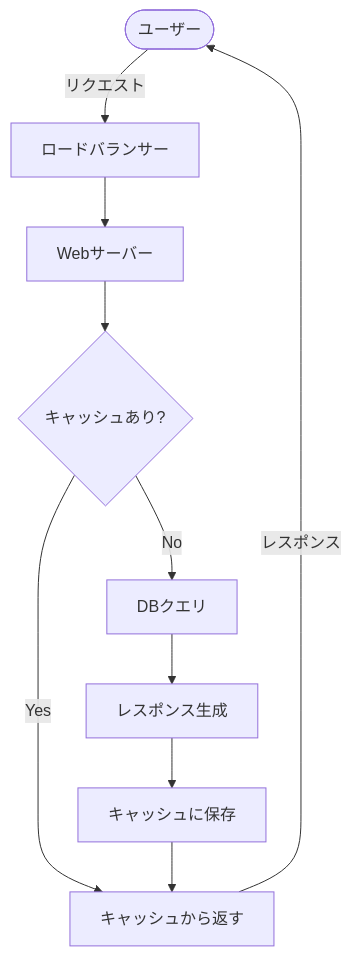
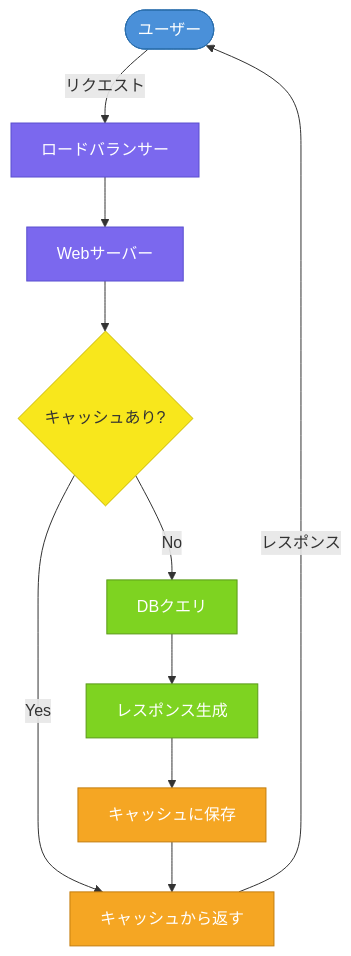
The first of 5 diagrams in mermaid_samples/README.md (y-nakata/claude-playground), drawn with Mermaid before and after one commit. The commit also changed other lines of this file, not shown here.

Commit message:
docs: Mermaid図にカラーを追加

````diff
--- a/mermaid_samples/README.md
+++ b/mermaid_samples/README.md
@@ -11,12 +11,24 @@
 ```mermaid
 flowchart TD
     A([ユーザー]) -->|リクエスト| B[ロードバランサー]
     B --> C[Webサーバー]
     C --> D{キャッシュあり?}
     D -->|Yes| E[キャッシュから返す]
     D -->|No| F[DBクエリ]
     F --> G[レスポンス生成]
     G --> H[キャッシュに保存]
     H --> E
     E -->|レスポンス| A
+
+    classDef user fill:#4A90D9,stroke:#2c6fad,color:#fff
+    classDef infra fill:#7B68EE,stroke:#5a4fcf,color:#fff
+    classDef cache fill:#F5A623,stroke:#c47d0e,color:#fff
+    classDef db fill:#7ED321,stroke:#5a9a18,color:#fff
+    classDef decision fill:#F8E71C,stroke:#c9b800,color:#333
+
+    class A user
+    class B,C infra
+    class E,H cache
+    class F,G db
+    class D decision
 ```
````
